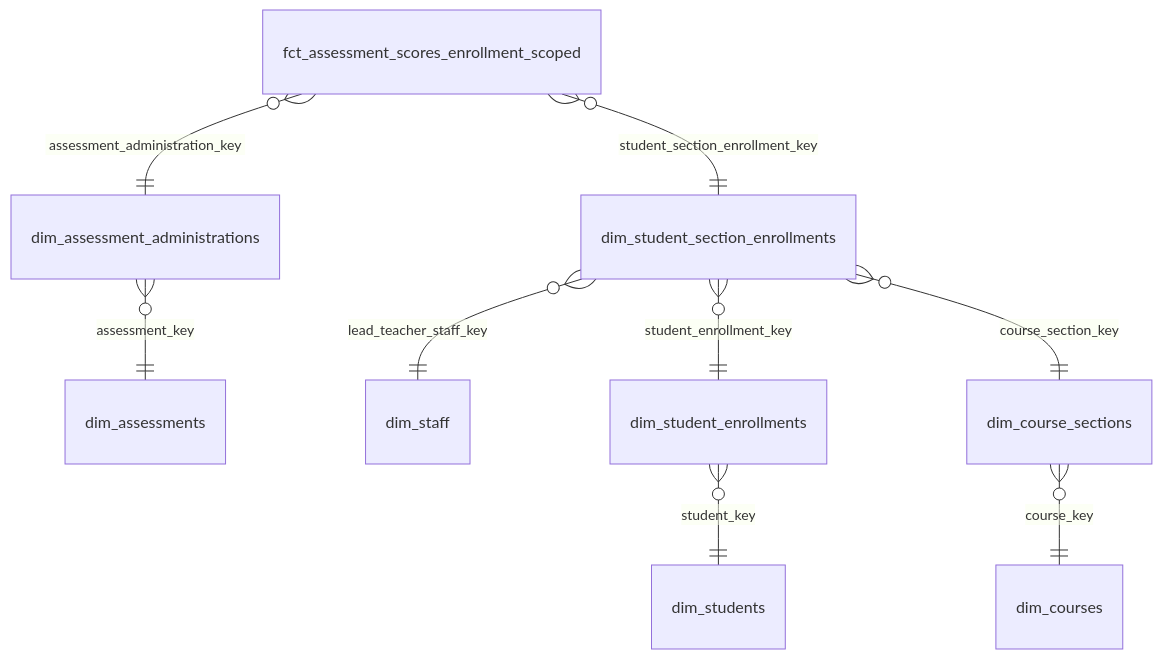
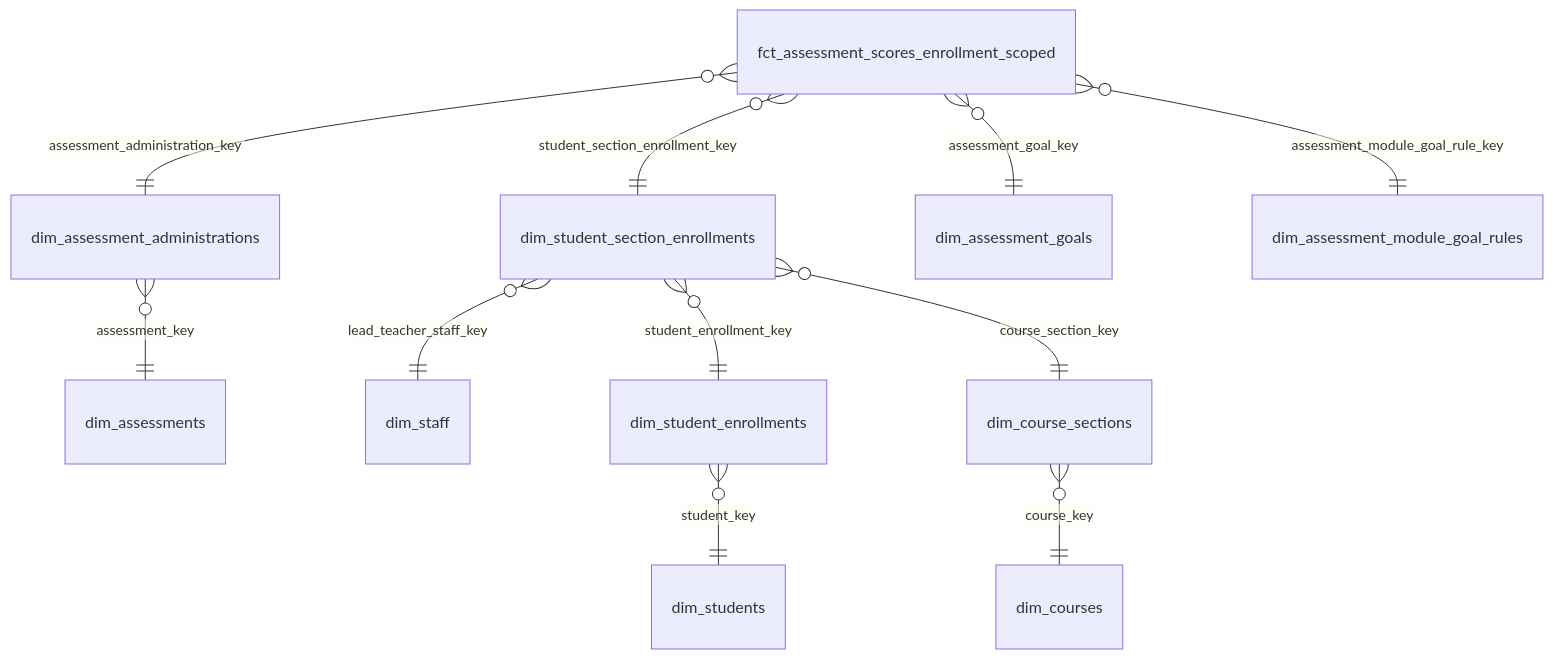
One commit to TEAMSchools/teamster changed the first of 25 diagrams in docs/reference/marts-data-models.md. Above: the diagram before and after it, drawn with Mermaid. The commit also changed other lines of this file and 6 other files, not shown here.

First line of the commit message:
feat(dbt): add the DDI module goal rules mart and a rule key on the scores fact

````diff
--- a/docs/reference/marts-data-models.md
+++ b/docs/reference/marts-data-models.md
@@ -28,11 +28,13 @@
 ```mermaid
 erDiagram
   fct_assessment_scores_enrollment_scoped }o--|| dim_assessment_administrations : "assessment_administration_key"
   fct_assessment_scores_enrollment_scoped }o--|| dim_student_section_enrollments : "student_section_enrollment_key"
+  fct_assessment_scores_enrollment_scoped }o--|| dim_assessment_goals : "assessment_goal_key"
+  fct_assessment_scores_enrollment_scoped }o--|| dim_assessment_module_goal_rules : "assessment_module_goal_rule_key"
   dim_assessment_administrations }o--|| dim_assessments : "assessment_key"
   dim_student_section_enrollments }o--|| dim_staff : "lead_teacher_staff_key"
   dim_student_section_enrollments }o--|| dim_student_enrollments : "student_enrollment_key"
   dim_student_section_enrollments }o--|| dim_course_sections : "course_section_key"
   dim_student_enrollments }o--|| dim_students : "student_key"
   dim_course_sections }o--|| dim_courses : "course_key"
 ```
````
